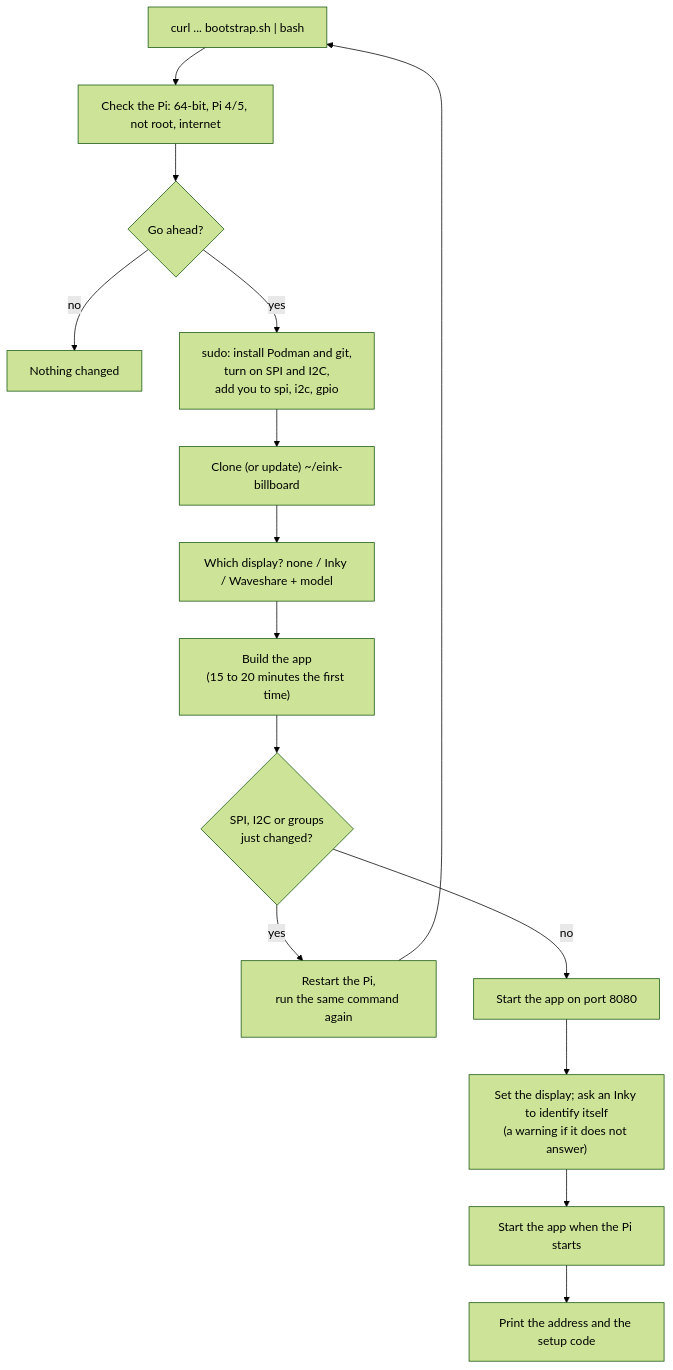
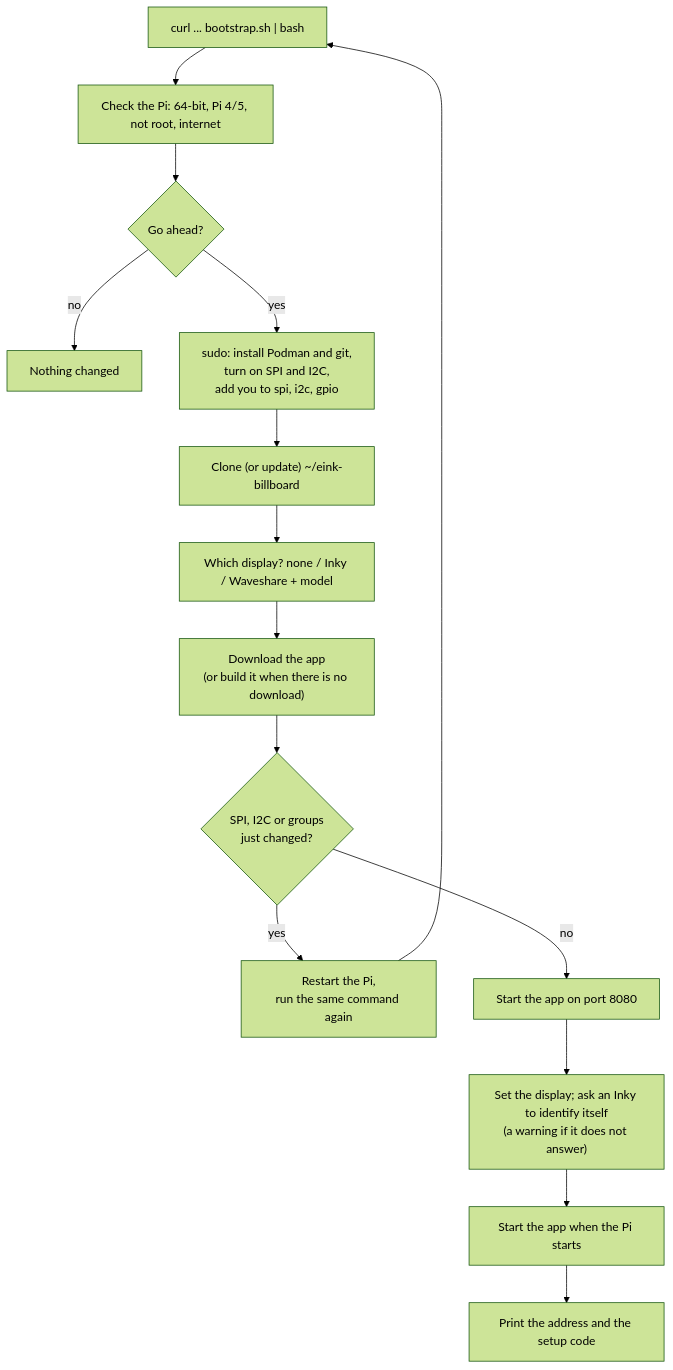
Before and after one commit to escape-llc/eink-billboard: the diagram in readme.md, drawn with Mermaid (forest theme). The commit also changed other lines of this file and 5 other files, not shown here.

````diff
--- a/readme.md
+++ b/readme.md
@@ -35,17 +35,17 @@
 ```mermaid
 flowchart TD
     A["curl ... bootstrap.sh | bash"] --> B["Check the Pi: 64-bit, Pi 4/5, not root, internet"]
     B --> C{"Go ahead?"}
     C -- no --> X["Nothing changed"]
     C -- yes --> D["sudo: install Podman and git,<br/>turn on SPI and I2C,<br/>add you to spi, i2c, gpio"]
     D --> E["Clone (or update) ~/eink-billboard"]
     E --> F["Which display? none / Inky / Waveshare + model"]
-    F --> G["Build the app<br/>(15 to 20 minutes the first time)"]
+    F --> G["Download the app<br/>(or build it when there is no download)"]
     G --> H{"SPI, I2C or groups<br/>just changed?"}
     H -- yes --> R["Restart the Pi,<br/>run the same command again"]
     R --> A
     H -- no --> I["Start the app on port 8080"]
     I --> J["Set the display; ask an Inky to identify itself<br/>(a warning if it does not answer)"]
     J --> K["Start the app when the Pi starts"]
     K --> L["Print the address and the setup code"]
 ```
````
